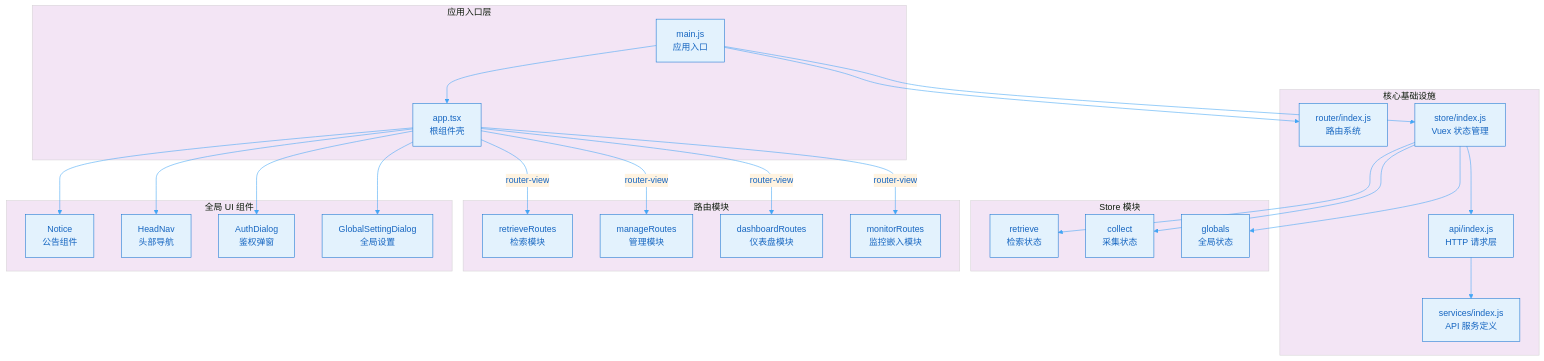
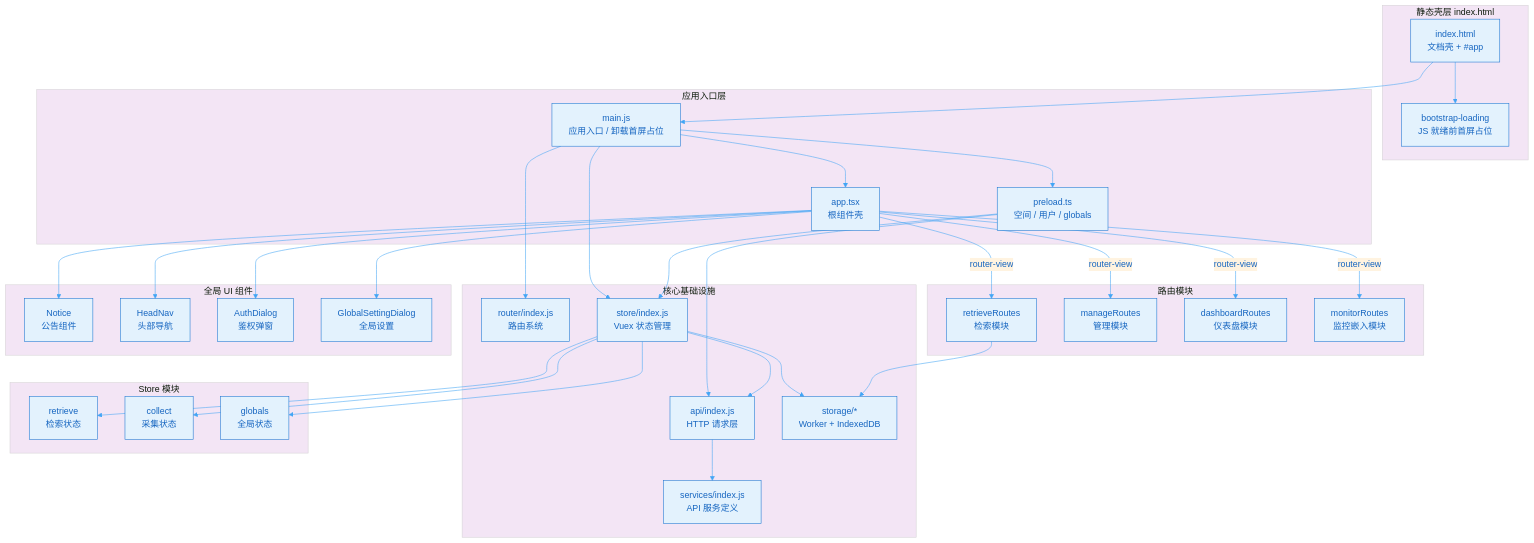
The diagram in bklog/web/.docs/diagrams/A-整体前端架构图.mmd (TencentBlueKing/bk-monitor), drawn with Mermaid before and after one commit. The commit also changed 11 other files, not shown here.

Commit message:
feat: update diagrams

```diff
--- a/bklog/web/.docs/diagrams/A-整体前端架构图.mmd
+++ b/bklog/web/.docs/diagrams/A-整体前端架构图.mmd
@@ -1,52 +1,66 @@
 %%{init: {'theme': 'base', 'themeVariables': { 'primaryColor': '#e3f2fd', 'primaryTextColor': '#1565c0', 'primaryBorderColor': '#1976d2', 'lineColor': '#42a5f5', 'secondaryColor': '#fff3e0', 'tertiaryColor': '#f3e5f5'}}}%%
 graph TB
+    subgraph "静态壳层 index.html"
+        HTML["index.html<br/>文档壳 + #app"]
+        BOOTLOAD["bootstrap-loading<br/>JS 就绪前首屏占位"]
+    end
+
     subgraph "应用入口层"
-        MAIN["main.js<br/>应用入口"]
+        MAIN["main.js<br/>应用入口 / 卸载首屏占位"]
+        PRELOAD["preload.ts<br/>空间 / 用户 / globals"]
         APP["app.tsx<br/>根组件壳"]
     end
 
     subgraph "核心基础设施"
         ROUTER["router/index.js<br/>路由系统"]
         STORE["store/index.js<br/>Vuex 状态管理"]
         HTTP["api/index.js<br/>HTTP 请求层"]
         SERVICES["services/index.js<br/>API 服务定义"]
+        STORAGE["storage/*<br/>Worker + IndexedDB"]
     end
 
     subgraph "Store 模块"
         RETRIEVE_STORE["retrieve<br/>检索状态"]
         COLLECT_STORE["collect<br/>采集状态"]
         GLOBALS_STORE["globals<br/>全局状态"]
     end
 
     subgraph "路由模块"
         RETRIEVE_ROUTES["retrieveRoutes<br/>检索模块"]
         MANAGE_ROUTES["manageRoutes<br/>管理模块"]
         DASHBOARD_ROUTES["dashboardRoutes<br/>仪表盘模块"]
         MONITOR_ROUTES["monitorRoutes<br/>监控嵌入模块"]
     end
 
     subgraph "全局 UI 组件"
         NOTICE["Notice<br/>公告组件"]
         HEADNAV["HeadNav<br/>头部导航"]
         AUTHDIALOG["AuthDialog<br/>鉴权弹窗"]
         GLOBALSETTING["GlobalSettingDialog<br/>全局设置"]
     end
 
+    HTML --> BOOTLOAD
+    HTML --> MAIN
+    MAIN --> PRELOAD
     MAIN --> APP
     MAIN --> ROUTER
     MAIN --> STORE
+    PRELOAD --> STORE
+    PRELOAD --> HTTP
     APP --> NOTICE
     APP --> HEADNAV
     APP --> AUTHDIALOG
     APP --> GLOBALSETTING
     APP --> |router-view| RETRIEVE_ROUTES
     APP --> |router-view| MANAGE_ROUTES
     APP --> |router-view| DASHBOARD_ROUTES
     APP --> |router-view| MONITOR_ROUTES
-    
+
     STORE --> RETRIEVE_STORE
     STORE --> COLLECT_STORE
     STORE --> GLOBALS_STORE
-    
+
     HTTP --> SERVICES
     STORE --> HTTP
+    STORE --> STORAGE
+    RETRIEVE_ROUTES --> STORAGE
```
